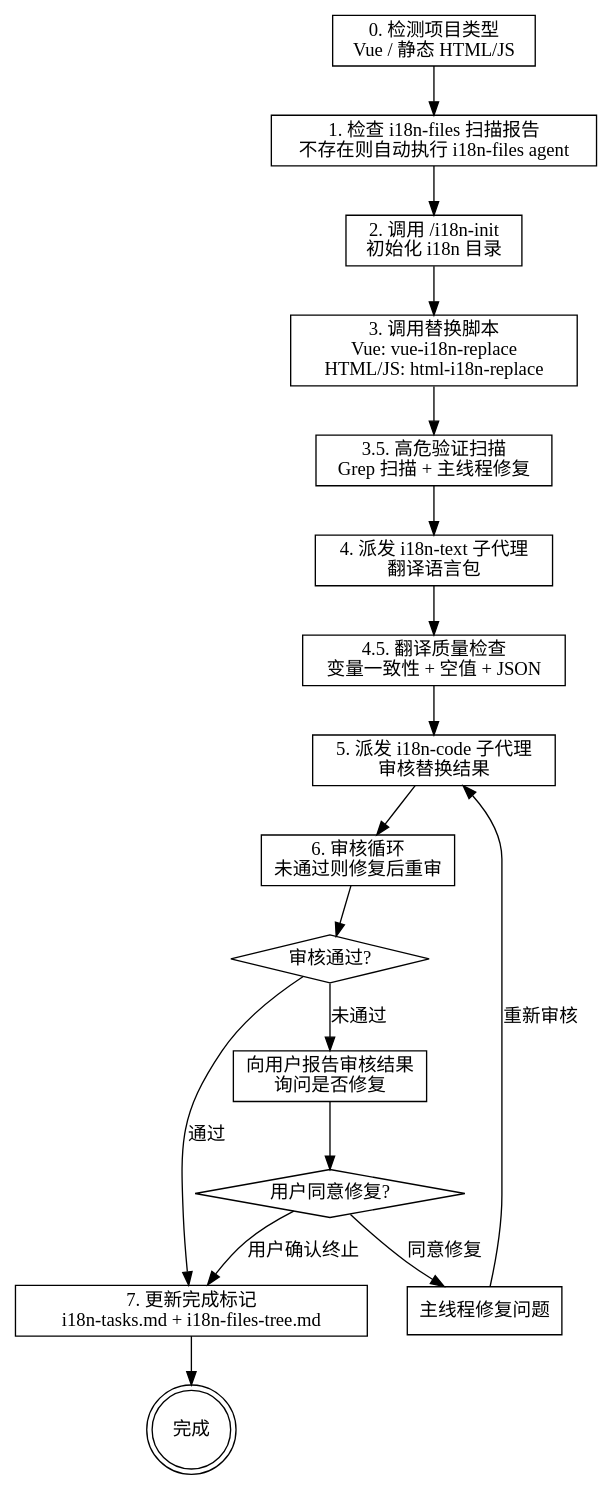
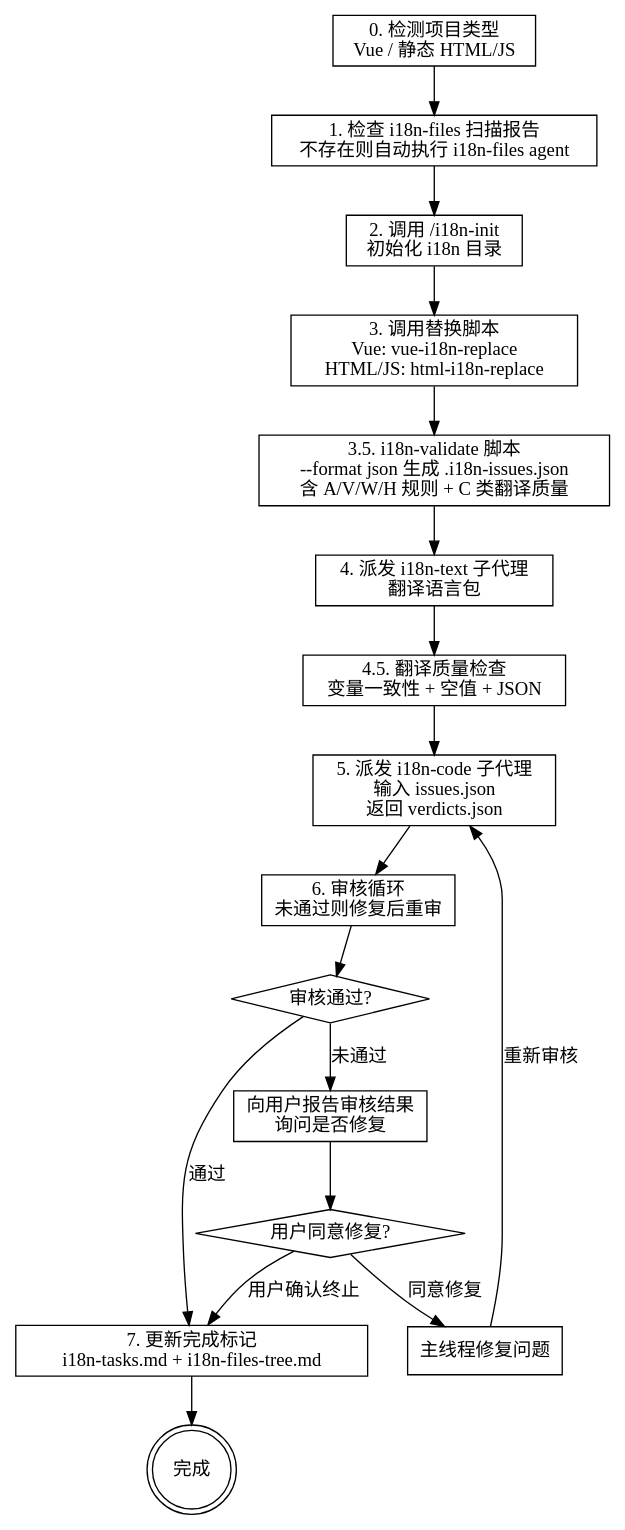
Before and after one commit to Chyelong/i18n-vue-plugin: the diagram in skills/i18n-workflow/SKILL.md, drawn with Graphviz. The commit also changed other lines of this file, not shown here.

First line of the commit message:
docs(workflow): insert i18n-validate JSON step + agent JSON protocol

````diff
--- a/skills/i18n-workflow/SKILL.md
+++ b/skills/i18n-workflow/SKILL.md
@@ -42,37 +42,37 @@
 ```dot
 digraph i18n_workflow {
     rankdir=TB;
     "detect" [shape=box, label="0. 检测项目类型\nVue / 静态 HTML/JS"];
     "scan" [shape=box, label="1. 检查 i18n-files 扫描报告\n不存在则自动执行 i18n-files agent"];
     "init" [shape=box, label="2. 调用 /i18n-init\n初始化 i18n 目录"];
     "replace" [shape=box, label="3. 调用替换脚本\nVue: vue-i18n-replace\nHTML/JS: html-i18n-replace"];
-    "verify" [shape=box, label="3.5. 高危验证扫描\nGrep 扫描 + 主线程修复"];
+    "validate" [shape=box, label="3.5. i18n-validate 脚本\n--format json 生成 .i18n-issues.json\n含 A/V/W/H 规则 + C 类翻译质量"];
     "translate" [shape=box, label="4. 派发 i18n-text 子代理\n翻译语言包"];
     "quality" [shape=box, label="4.5. 翻译质量检查\n变量一致性 + 空值 + JSON"];
-    "review" [shape=box, label="5. 派发 i18n-code 子代理\n审核替换结果"];
+    "review" [shape=box, label="5. 派发 i18n-code 子代理\n输入 issues.json\n返回 verdicts.json"];
     "loop" [shape=box, label="6. 审核循环\n未通过则修复后重审"];
     "pass?" [shape=diamond, label="审核通过?"];
     "report" [shape=box, label="向用户报告审核结果\n询问是否修复"];
     "fix?" [shape=diamond, label="用户同意修复?"];
     "fix" [shape=box, label="主线程修复问题"];
     "mark" [shape=box, label="7. 更新完成标记\ni18n-tasks.md + i18n-files-tree.md"];
     "done" [shape=doublecircle, label="完成"];
 
     "detect" -> "scan";
     "scan" -> "init";
     "init" -> "replace";
-    "replace" -> "verify";
-    "verify" -> "translate";
+    "replace" -> "validate";
+    "validate" -> "translate";
     "translate" -> "quality";
     "quality" -> "review";
     "review" -> "loop";
     "loop" -> "pass?";
     "pass?" -> "mark" [label="通过"];
     "pass?" -> "report" [label="未通过"];
     "report" -> "fix?";
     "fix?" -> "mark" [label="用户确认终止"];
     "fix?" -> "fix" [label="同意修复"];
     "fix" -> "review" [label="重新审核"];
     "mark" -> "done";
 }
 ```
````
